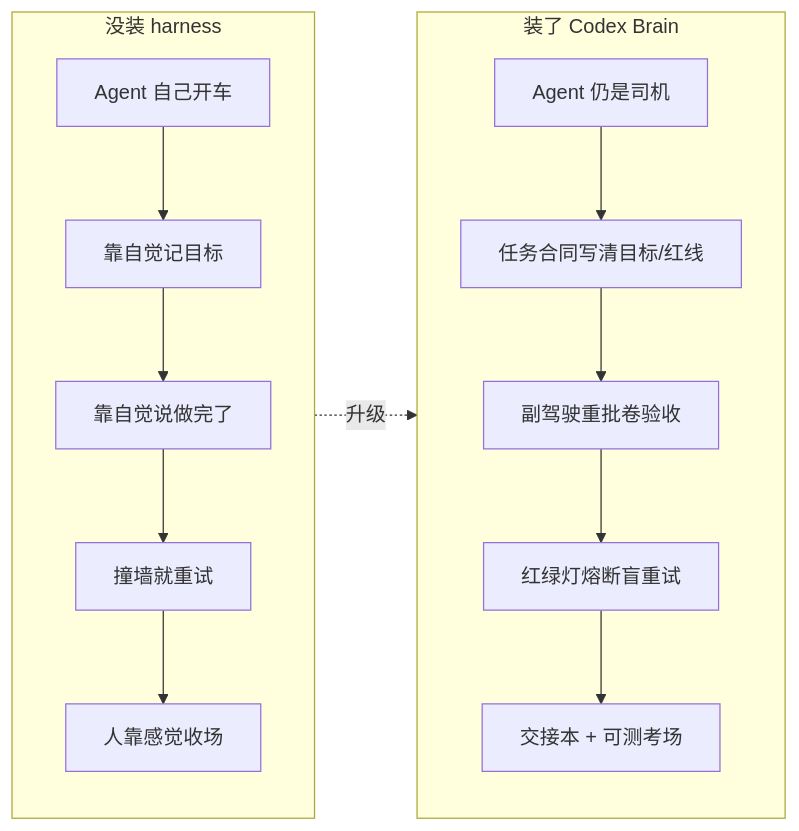
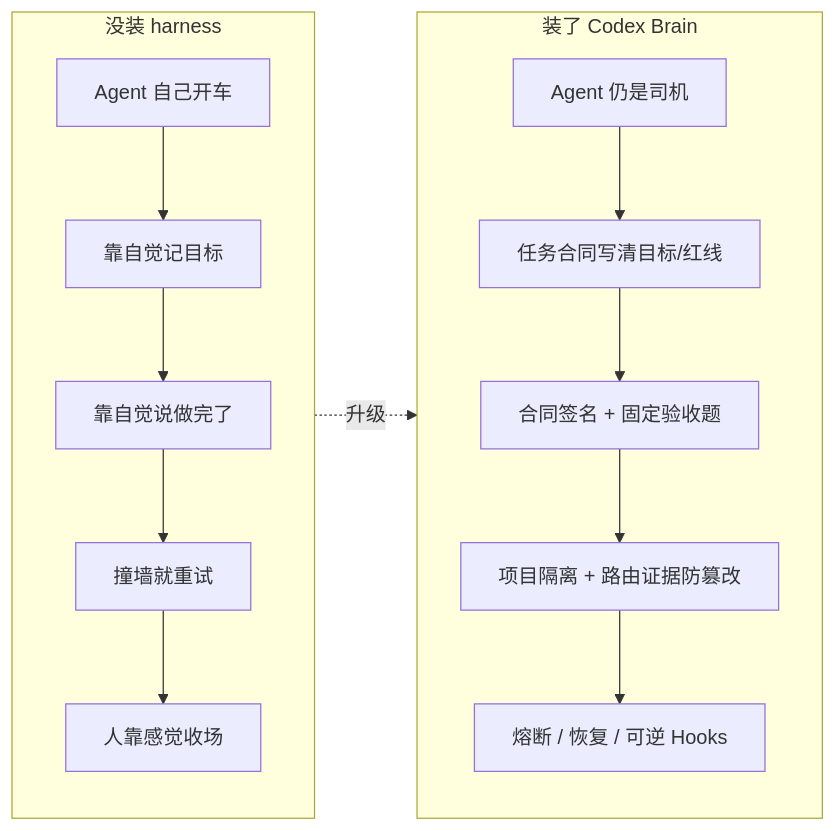
The first of 30 diagrams in README.md (liuanye9-lab/codex-os-brain), drawn with Mermaid before and after one commit. The commit also changed other lines of this file, not shown here.

````diff
--- a/README.md
+++ b/README.md
@@ -49,16 +43,16 @@
 ```mermaid
 flowchart LR
   subgraph Before["没装 harness"]
     B1["Agent 自己开车"] --> B2["靠自觉记目标"]
     B2 --> B3["靠自觉说做完了"]
     B3 --> B4["撞墙就重试"]
     B4 --> B5["人靠感觉收场"]
   end
   subgraph After["装了 Codex Brain"]
     A1["Agent 仍是司机"] --> A2["任务合同写清目标/红线"]
-    A2 --> A3["副驾驶重批卷验收"]
-    A3 --> A4["红绿灯熔断盲重试"]
-    A4 --> A5["交接本 + 可测考场"]
+    A2 --> A3["合同签名 + 固定验收题"]
+    A3 --> A4["项目隔离 + 路由证据防篡改"]
+    A4 --> A5["熔断 / 恢复 / 可逆 Hooks"]
   end
   Before -. "升级" .-> After
 ```
````
